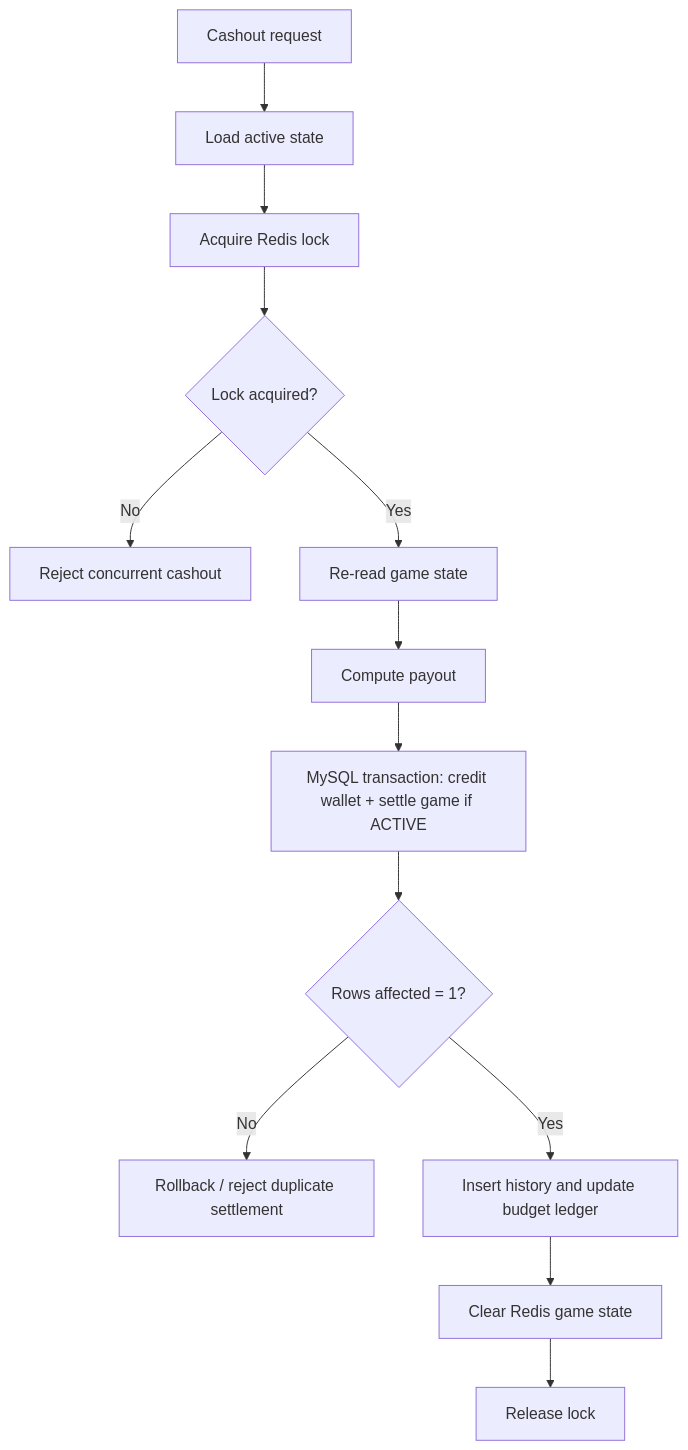
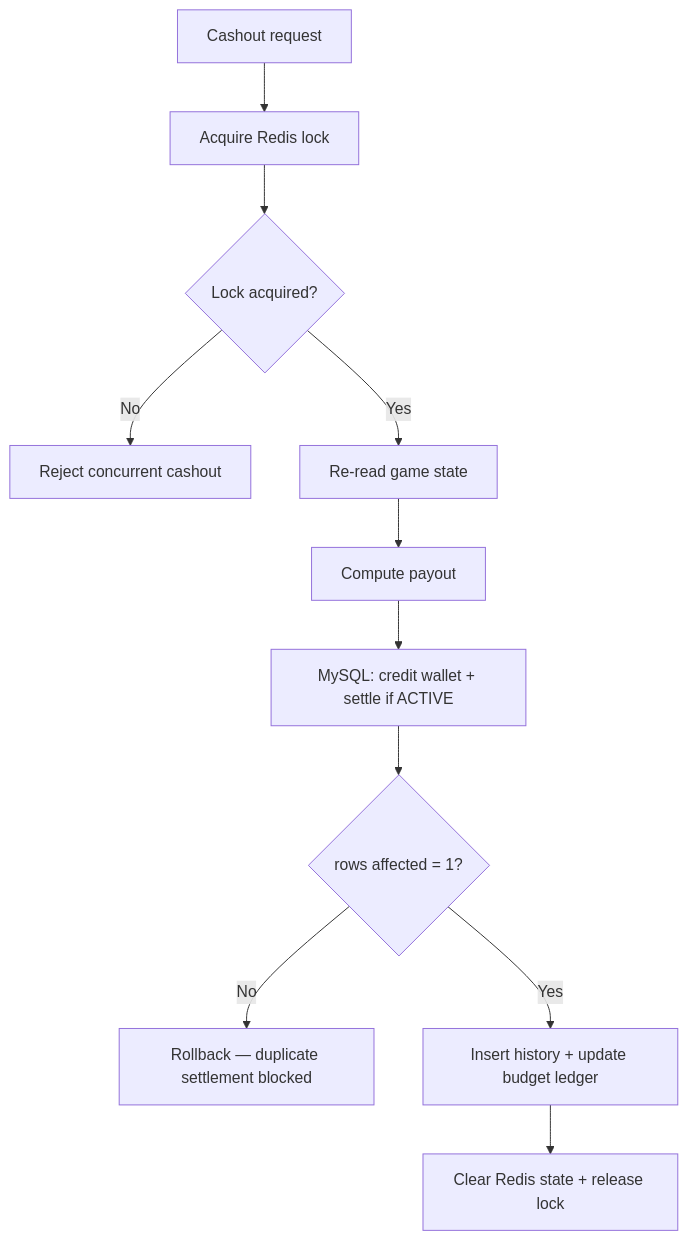
The third of 4 diagrams in README.md (yashkale402/Stake-mine), drawn with Mermaid before and after one commit. The commit also changed other lines of this file, not shown here.

Commit message:
docs: enhance README with badges, tables, collapsible flows, quick start, API reference, roadmap

````diff
--- a/README.md
+++ b/README.md
@@ -202,15 +149,13 @@
 ```mermaid
 flowchart TD
-    A["Cashout request"] --> B["Load active state"]
-    B --> C["Acquire Redis lock"]
-    C --> D{"Lock acquired?"}
-    D -- "No" --> E["Reject concurrent cashout"]
-    D -- "Yes" --> F["Re-read game state"]
-    F --> G["Compute payout"]
-    G --> H["MySQL transaction: credit wallet + settle game if ACTIVE"]
-    H --> I{"Rows affected = 1?"}
-    I -- "No" --> J["Rollback / reject duplicate settlement"]
-    I -- "Yes" --> K["Insert history and update budget ledger"]
-    K --> L["Clear Redis game state"]
-    L --> M["Release lock"]
+    A["Cashout request"] --> B["Acquire Redis lock"]
+    B --> C{Lock acquired?}
+    C -- No --> D["Reject concurrent cashout"]
+    C -- Yes --> E["Re-read game state"]
+    E --> F["Compute payout"]
+    F --> G["MySQL: credit wallet + settle if ACTIVE"]
+    G --> H{rows affected = 1?}
+    H -- No --> I["Rollback — duplicate settlement blocked"]
+    H -- Yes --> J["Insert history + update budget ledger"]
+    J --> K["Clear Redis state + release lock"]
 ```
````
